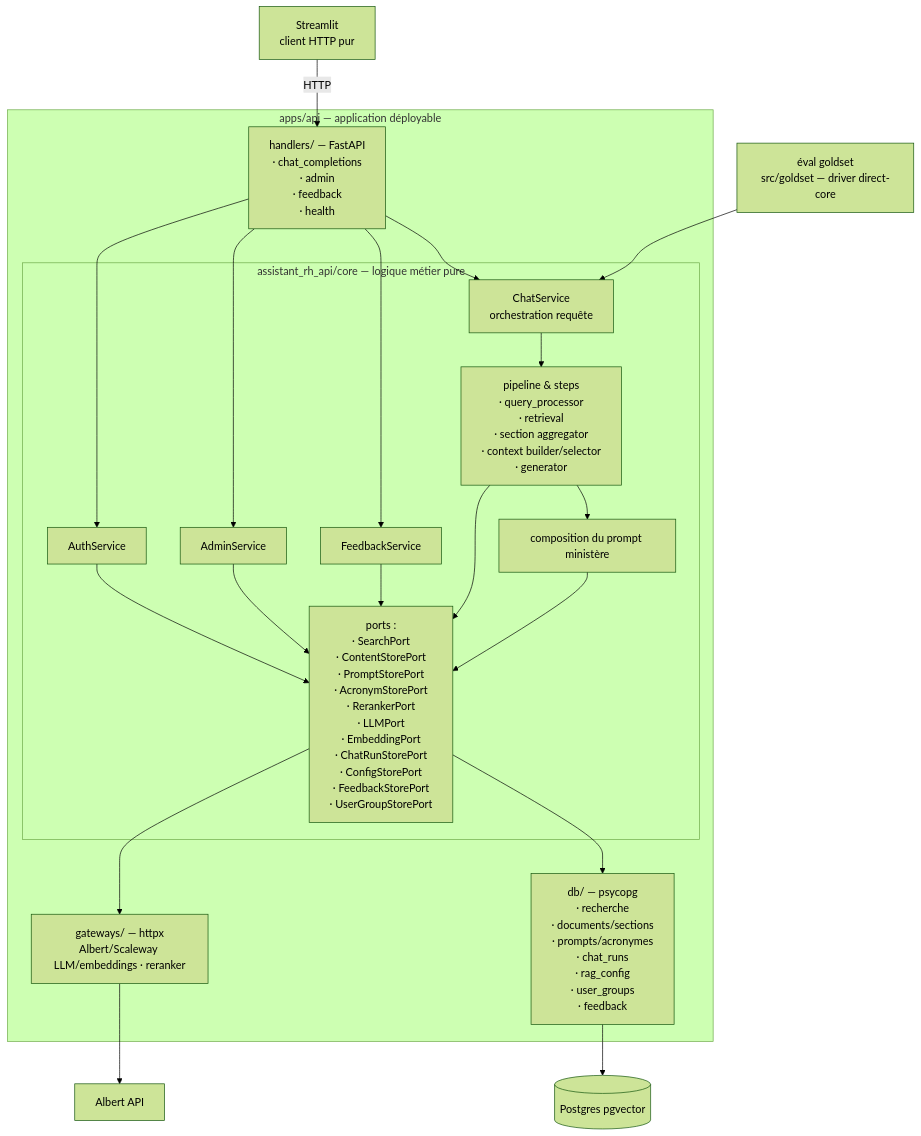
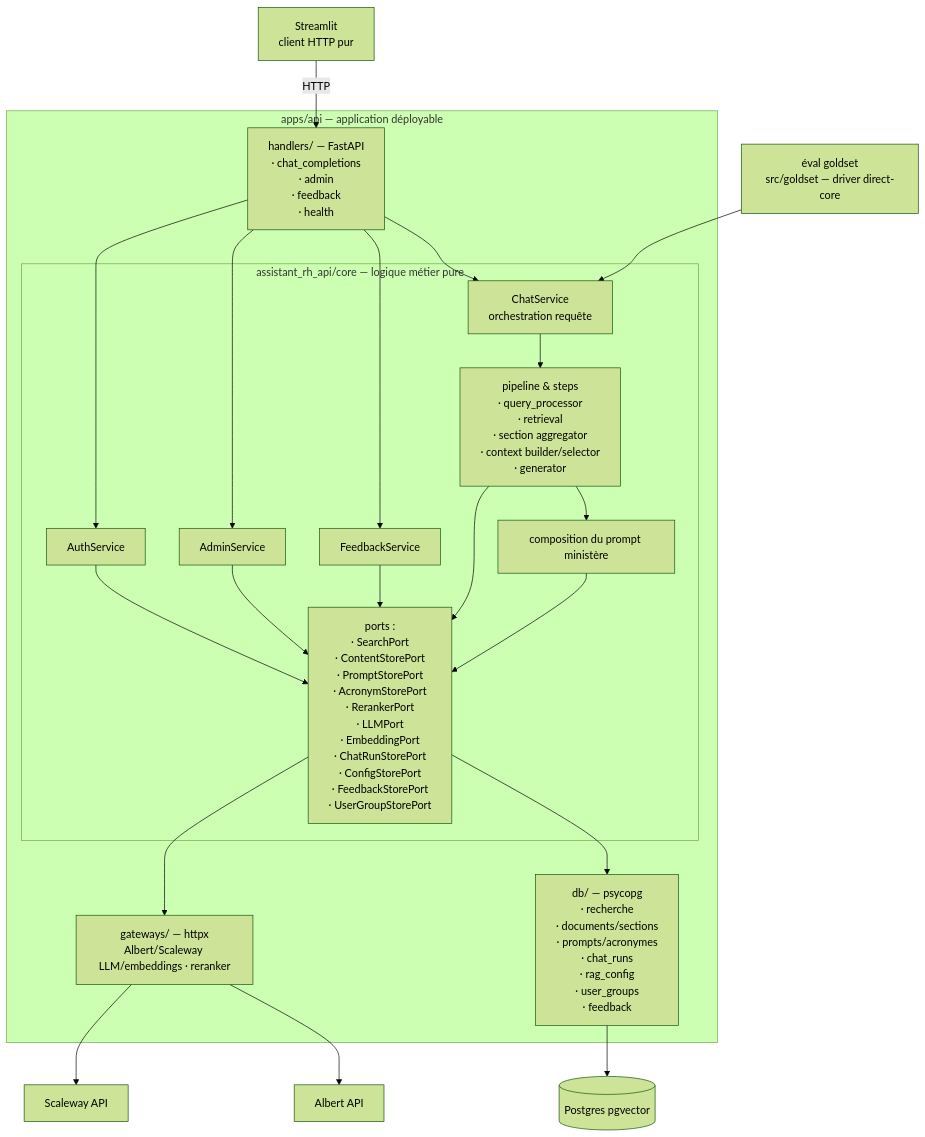
Before and after one commit to DGAFP/assistant-rh: the diagram in docs/architecture/hexagonal-split/01-target-architecture.md, drawn with Mermaid (forest theme). The commit also changed other lines of this file and 2 other files, not shown here.

````diff
--- a/docs/architecture/hexagonal-split/01-target-architecture.md
+++ b/docs/architecture/hexagonal-split/01-target-architecture.md
@@ -7,44 +7,45 @@
 ```mermaid
 flowchart TB
     ST[Streamlit<br/>client HTTP pur]
     EV[éval goldset<br/>src/goldset — driver direct-core]
 
     subgraph api ["apps/api — application déployable"]
         H[handlers/ — FastAPI<br/>· chat_completions <br/> · admin <br/>· feedback <br/> · health]
 
         subgraph core ["assistant_rh_api/core — logique métier pure"]
             CS[ChatService<br/>orchestration requête]
             P[pipeline & steps<br/>· query_processor <br>· retrieval <br/> · section aggregator  <br/> · context builder/selector <br/> · generator]
             PP[composition du prompt ministère]
             PO[ports :<br/>· SearchPort <br/>· ContentStorePort<br/>· PromptStorePort <br/>· AcronymStorePort<br/>· RerankerPort <br/>· LLMPort <br/>· EmbeddingPort<br/>· ChatRunStorePort <br/>· ConfigStorePort<br/>· FeedbackStorePort<br/>· UserGroupStorePort]
 
 
             FS[FeedbackService]
 
             AS[AdminService]
             AU[AuthService]
 
         end
 
         DB[db/ — psycopg<br/>· recherche <br> · documents/sections <br> · prompts/acronymes<br/> · chat_runs <br> · rag_config <br> · user_groups <br> · feedback]
         GW[gateways/ — httpx<br/>Albert/Scaleway LLM/embeddings · reranker]
     end
 
     ST -->|HTTP| H
     H --> CS
     EV --> CS
     CS --> P
     P --> PP
     P --> PO
     PP --> PO
     PO --> DB
     PO --> GW
     DB --> PG[(Postgres pgvector)]
     GW --> ALB[Albert API]
+    GW --> SCW[Scaleway API]
     H --> FS
     FS --> PO
     H --> AS
     AS --> PO
     H --> AU
     AU --> PO
 ```
````
